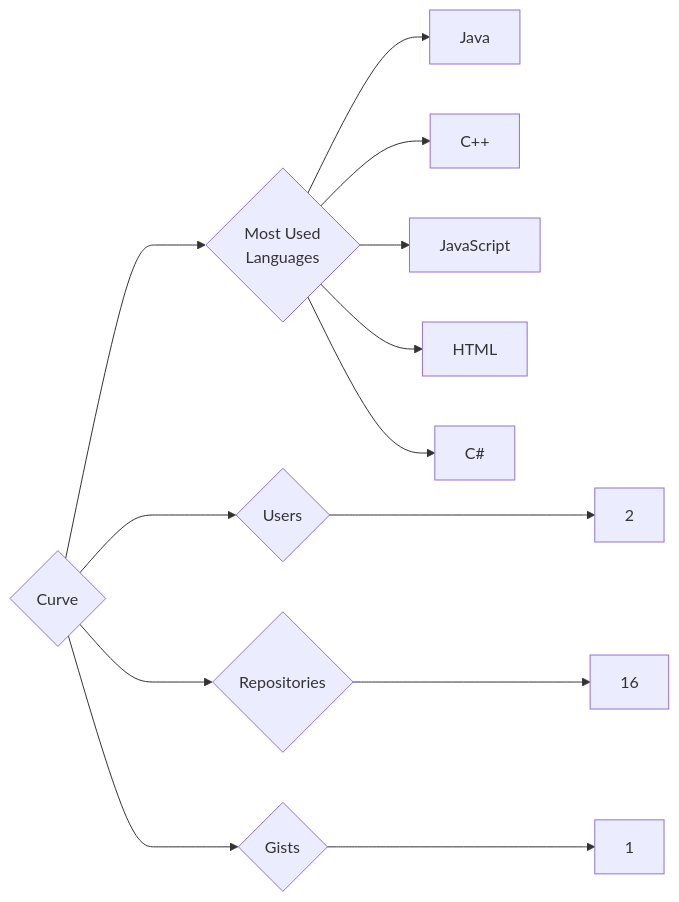
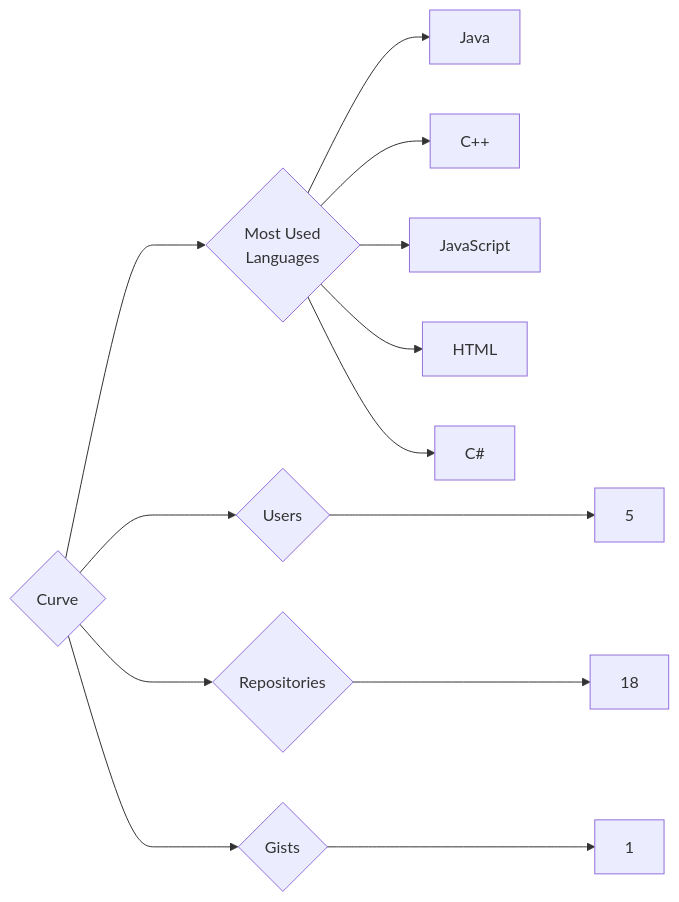
One commit to trickest/insiders changed the diagram in targets/Curve/README.md. Above: the diagram before and after it, drawn with Mermaid. The commit also changed 951 other files, not shown here.

````diff
--- a/targets/Curve/README.md
+++ b/targets/Curve/README.md
@@ -3,13 +3,13 @@
 ```mermaid
 graph LR
 COMPANY_NAME{Curve}
-COMPANY_NAME ---> U{Users} ---> UN[2]
-COMPANY_NAME ---> R{Repositories} ---> RN[16]
+COMPANY_NAME ---> U{Users} ---> UN[5]
+COMPANY_NAME ---> R{Repositories} ---> RN[18]
 COMPANY_NAME ---> G{Gists} ---> GN[1]
 COMPANY_NAME ---> ML{Most Used<br>Languages}
-ML --> Java
-ML --> C++
-ML --> JavaScript
-ML --> HTML
-ML --> C#
+ML --> Java[Java]
+ML --> C++[C++]
+ML --> JavaScript[JavaScript]
+ML --> HTML[HTML]
+ML --> C#[C#]
 ```
````
